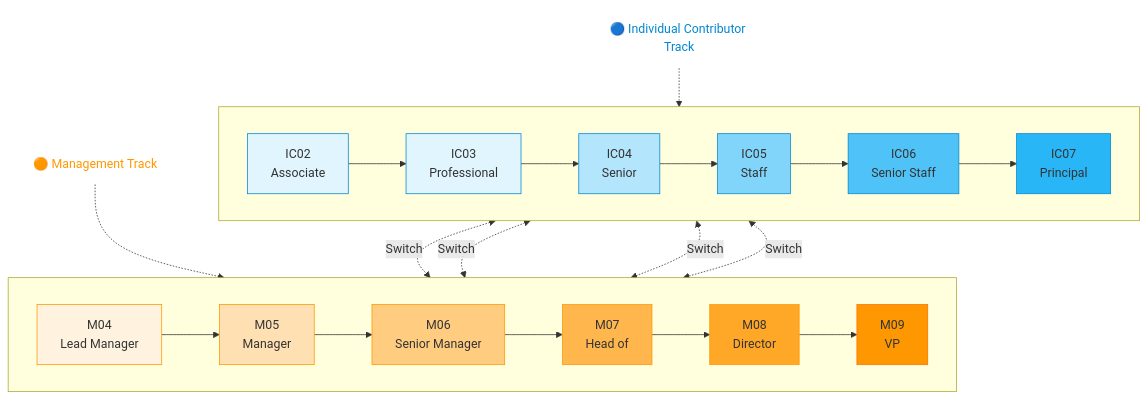
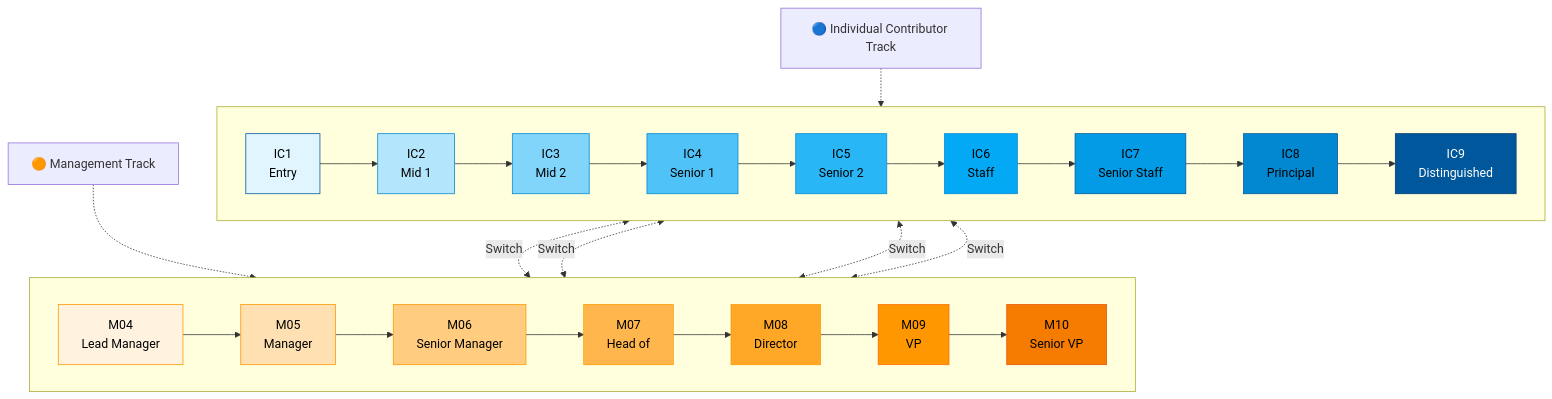
Before and after one commit to ultralytics/handbook: the diagram in docs/en/people/careers/index.md, drawn with Mermaid. The commit also changed other lines of this file, not shown here.

Commit message:
Update banding

````diff
--- a/docs/en/people/careers/index.md
+++ b/docs/en/people/careers/index.md
@@ -21,46 +21,68 @@
 ```mermaid
-graph TB
+flowchart TB
     IC_TITLE["🔵 Individual Contributor Track"]
     MGMT_TITLE["🟠 Management Track"]
 
     subgraph IC [" "]
         direction LR
-        IC02[IC02<br/>Associate] --> IC03[IC03<br/>Professional]
-        IC03 --> IC04[IC04<br/>Senior]
-        IC04 --> IC05[IC05<br/>Staff]
-        IC05 --> IC06[IC06<br/>Senior Staff]
-        IC06 --> IC07[IC07<br/>Principal]
+        IC1["IC1<br/>Entry"] --> IC2["IC2<br/>Mid 1"]
+        IC2 --> IC3["IC3<br/>Mid 2"]
+        IC3 --> IC4["IC4<br/>Senior 1"]
+        IC4 --> IC5["IC5<br/>Senior 2"]
+        IC5 --> IC6["IC6<br/>Staff"]
+        IC6 --> IC7["IC7<br/>Senior Staff"]
+        IC7 --> IC8["IC8<br/>Principal"]
+        IC8 --> IC9["IC9<br/>Distinguished"]
     end
 
     subgraph MGMT [" "]
         direction LR
-        M04[M04<br/>Lead Manager] --> M05[M05<br/>Manager]
-        M05 --> M06[M06<br/>Senior Manager]
-        M06 --> M07[M07<br/>Head of]
-        M07 --> M08[M08<br/>Director]
-        M08 --> M09[M09<br/>VP]
+        M04["M04<br/>Lead Manager"] --> M05["M05<br/>Manager"]
+        M05 --> M06["M06<br/>Senior Manager"]
+        M06 --> M07["M07<br/>Head of"]
+        M07 --> M08["M08<br/>Director"]
+        M08 --> M09["M09<br/>VP"]
+        M09 --> M10["M10<br/>Senior VP"]
     end
 
     IC_TITLE -.-> IC
     MGMT_TITLE -.-> MGMT
 
-    IC04 <-.->|Switch| M04
-    IC05 <-.->|Switch| M04
-    IC05 <-.->|Switch| M05
-    IC06 <-.->|Switch| M05
+    IC4 <-.->|Switch| M04
+    IC5 <-.->|Switch| M04
+    IC5 <-.->|Switch| M05
+    IC6 <-.->|Switch| M05
 
-    style IC_TITLE fill:none,stroke:none,color:#0288d1
-    style MGMT_TITLE fill:none,stroke:none,color:#ff9800
-    style IC02 fill:#e1f5ff,stroke:#0288d1
-    style IC03 fill:#e1f5ff,stroke:#0288d1
-    style IC04 fill:#b3e5fc,stroke:#0288d1
-    style IC05 fill:#81d4fa,stroke:#0288d1
-    style IC06 fill:#4fc3f7,stroke:#0288d1
-    style IC07 fill:#29b6f6,stroke:#0288d1
-    style M04 fill:#fff3e0,stroke:#ff9800
-    style M05 fill:#ffe0b2,stroke:#ff9800
-    style M06 fill:#ffcc80,stroke:#ff9800
-    style M07 fill:#ffb74d,stroke:#ff9800
-    style M08 fill:#ffa726,stroke:#ff9800
-    style M09 fill:#ff9800,stroke:#ff6f00
+    classDef ic1 fill:#e1f5ff,stroke:#01579b,color:#000;
+    classDef ic2 fill:#b3e5fc,stroke:#0288d1,color:#000;
+    classDef ic3 fill:#81d4fa,stroke:#0288d1,color:#000;
+    classDef ic4 fill:#4fc3f7,stroke:#0288d1,color:#000;
+    classDef ic5 fill:#29b6f6,stroke:#0288d1,color:#000;
+    classDef ic6 fill:#03a9f4,stroke:#0288d1,color:#000;
+    classDef ic7 fill:#039be5,stroke:#01579b,color:#000;
+    classDef ic8 fill:#0288d1,stroke:#01579b,color:#000;
+    classDef ic9 fill:#01579b,stroke:#013b70,color:#fff;
+    classDef m04 fill:#fff3e0,stroke:#ff9800,color:#000;
+    classDef m05 fill:#ffe0b2,stroke:#ff9800,color:#000;
+    classDef m06 fill:#ffcc80,stroke:#ff9800,color:#000;
+    classDef m07 fill:#ffb74d,stroke:#ff9800,color:#000;
+    classDef m08 fill:#ffa726,stroke:#ff9800,color:#000;
+    classDef m09 fill:#ff9800,stroke:#ff6f00,color:#000;
+    classDef m10 fill:#f57c00,stroke:#e65100,color:#000;
+    class IC1 ic1;
+    class IC2 ic2;
+    class IC3 ic3;
+    class IC4 ic4;
+    class IC5 ic5;
+    class IC6 ic6;
+    class IC7 ic7;
+    class IC8 ic8;
+    class IC9 ic9;
+    class M04 m04;
+    class M05 m05;
+    class M06 m06;
+    class M07 m07;
+    class M08 m08;
+    class M09 m09;
+    class M10 m10;
 ```
````
